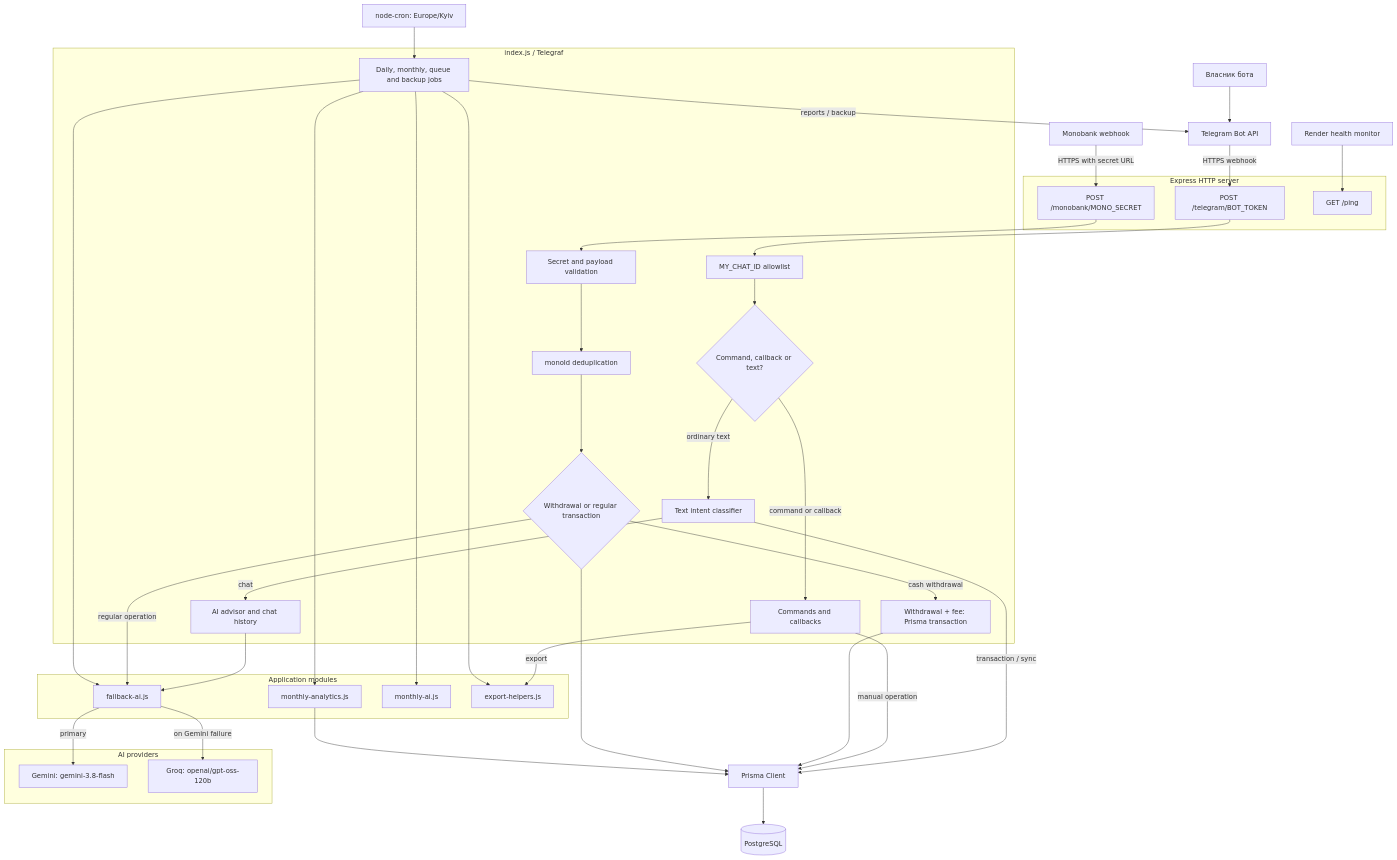
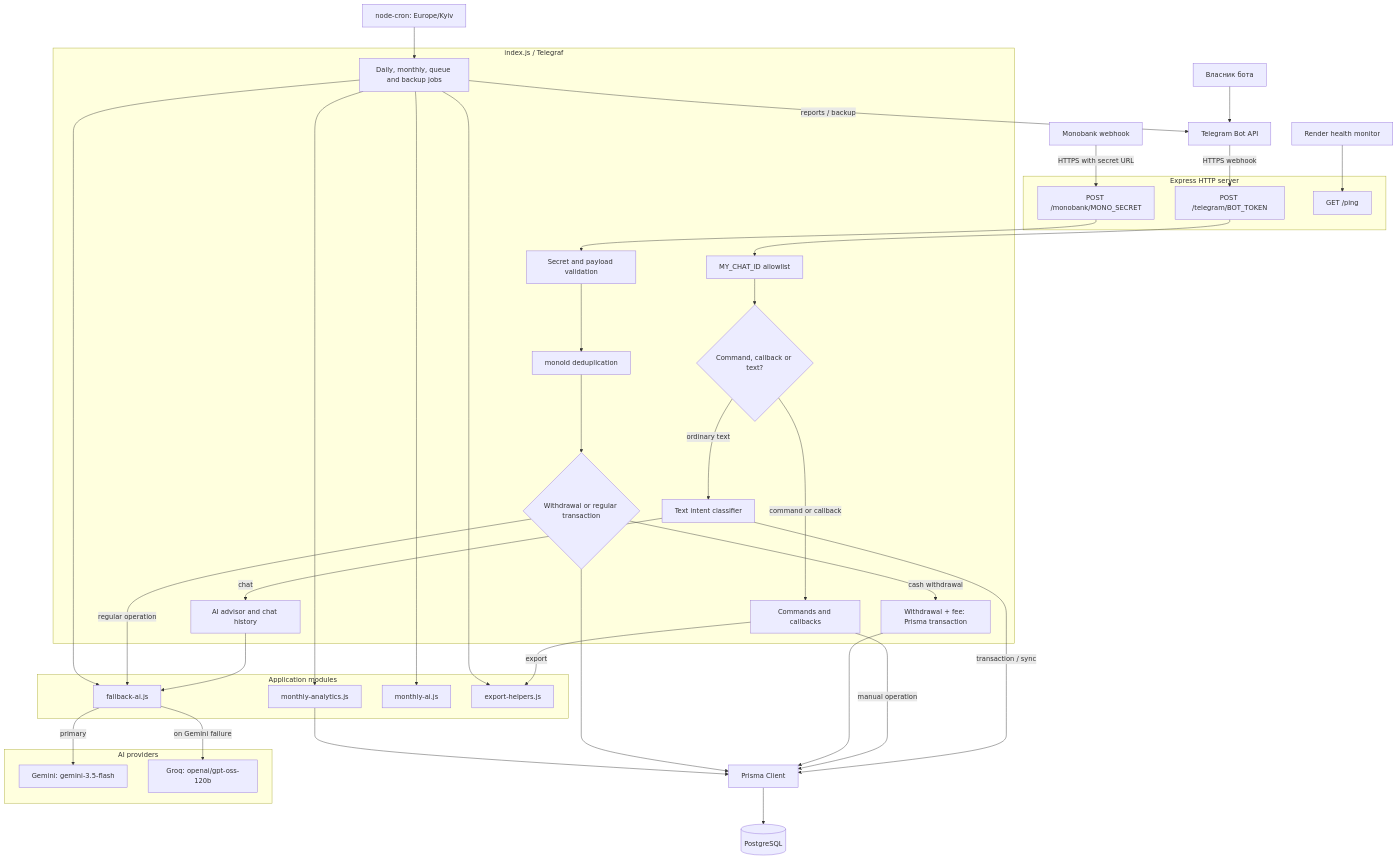
The diagram in README.md (re-FLEXER/Finance-BOT), drawn with Mermaid before and after one commit. The commit also changed other lines of this file and 2 other files, not shown here.

Commit message:
fix: change version AI

````diff
--- a/README.md
+++ b/README.md
@@ -7,74 +7,74 @@
 ```mermaid
 flowchart TD
     Owner["Власник бота"]
     Telegram["Telegram Bot API"]
     Mono["Monobank webhook"]
     Clock["node-cron: Europe/Kyiv"]
     Monitor["Render health monitor"]
 
     subgraph HTTP["Express HTTP server"]
         TgRoute["POST /telegram/BOT_TOKEN"]
         MonoRoute["POST /monobank/MONO_SECRET"]
         Ping["GET /ping"]
     end
 
     subgraph App["index.js / Telegraf"]
         Allowlist["MY_CHAT_ID allowlist"]
         UpdateType{"Command, callback or text?"}
         Commands["Commands and callbacks"]
         Intent["Text intent classifier"]
         Advisor["AI advisor and chat history"]
         MonoAuth["Secret and payload validation"]
         Dedup["monoId deduplication"]
         MonoFlow{"Withdrawal or regular transaction"}
         Atomic["Withdrawal + fee: Prisma transaction"]
         ReportJobs["Daily, monthly, queue and backup jobs"]
     end
 
     subgraph Modules["Application modules"]
         Fallback["fallback-ai.js"]
         MonthlyAnalytics["monthly-analytics.js"]
         MonthlyAI["monthly-ai.js"]
         Csv["export-helpers.js"]
     end
 
     subgraph Providers["AI providers"]
-        Gemini["Gemini: gemini-3.8-flash"]
+        Gemini["Gemini: gemini-3.5-flash"]
         Groq["Groq: openai/gpt-oss-120b"]
     end
 
     Prisma["Prisma Client"]
     DB[("PostgreSQL")]
 
     Owner --> Telegram
     Telegram -->|HTTPS webhook| TgRoute
     TgRoute --> Allowlist
     Allowlist --> UpdateType
     UpdateType -->|command or callback| Commands
     UpdateType -->|ordinary text| Intent
     Intent -->|transaction / sync| Prisma
     Intent -->|chat| Advisor
     Advisor --> Fallback
     Commands -->|manual operation| Prisma
     Commands -->|export| Csv
 
     Mono -->|HTTPS with secret URL| MonoRoute
     MonoRoute --> MonoAuth --> Dedup --> MonoFlow
     MonoFlow -->|cash withdrawal| Atomic
     MonoFlow -->|regular operation| Fallback
     Atomic --> Prisma
     MonoFlow --> Prisma
 
     Clock --> ReportJobs
     ReportJobs --> MonthlyAnalytics
     ReportJobs --> MonthlyAI
     ReportJobs --> Fallback
     ReportJobs --> Csv
     ReportJobs -->|reports / backup| Telegram
     MonthlyAnalytics --> Prisma
 
     Fallback -->|primary| Gemini
     Fallback -->|on Gemini failure| Groq
     Prisma --> DB
     Monitor --> Ping
 ```
````
